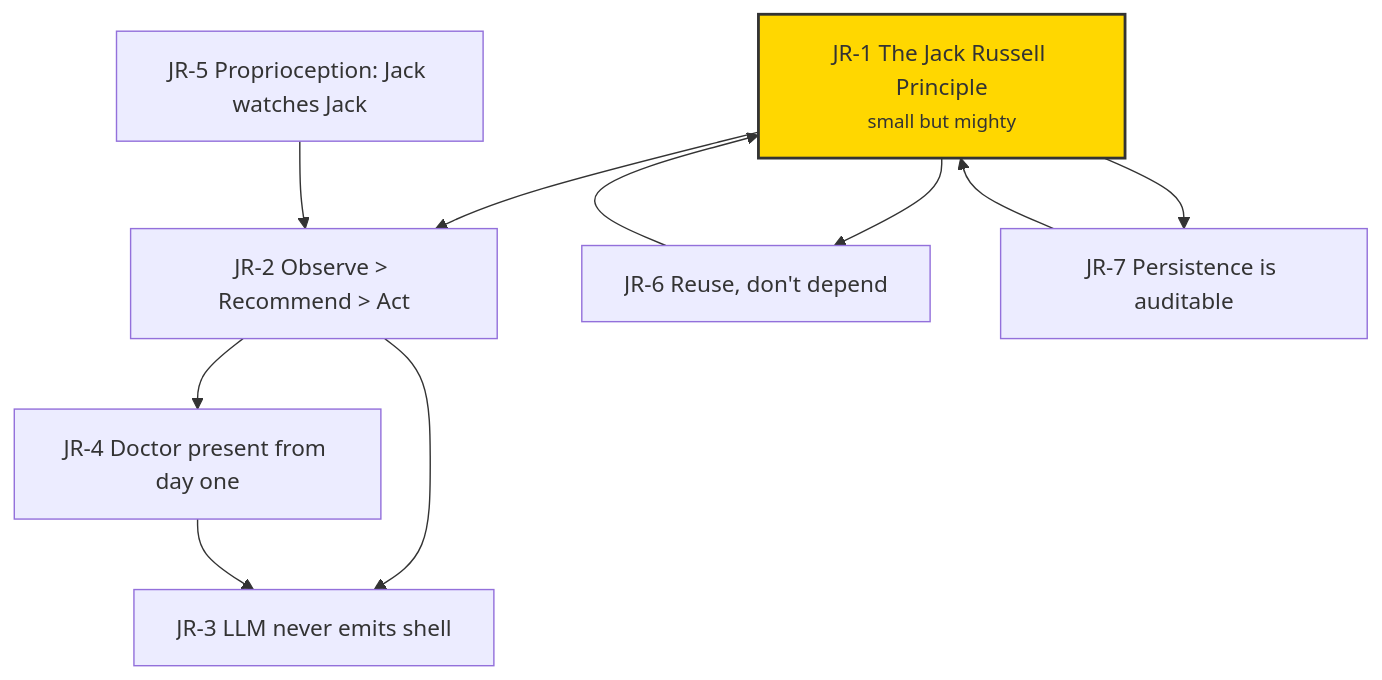
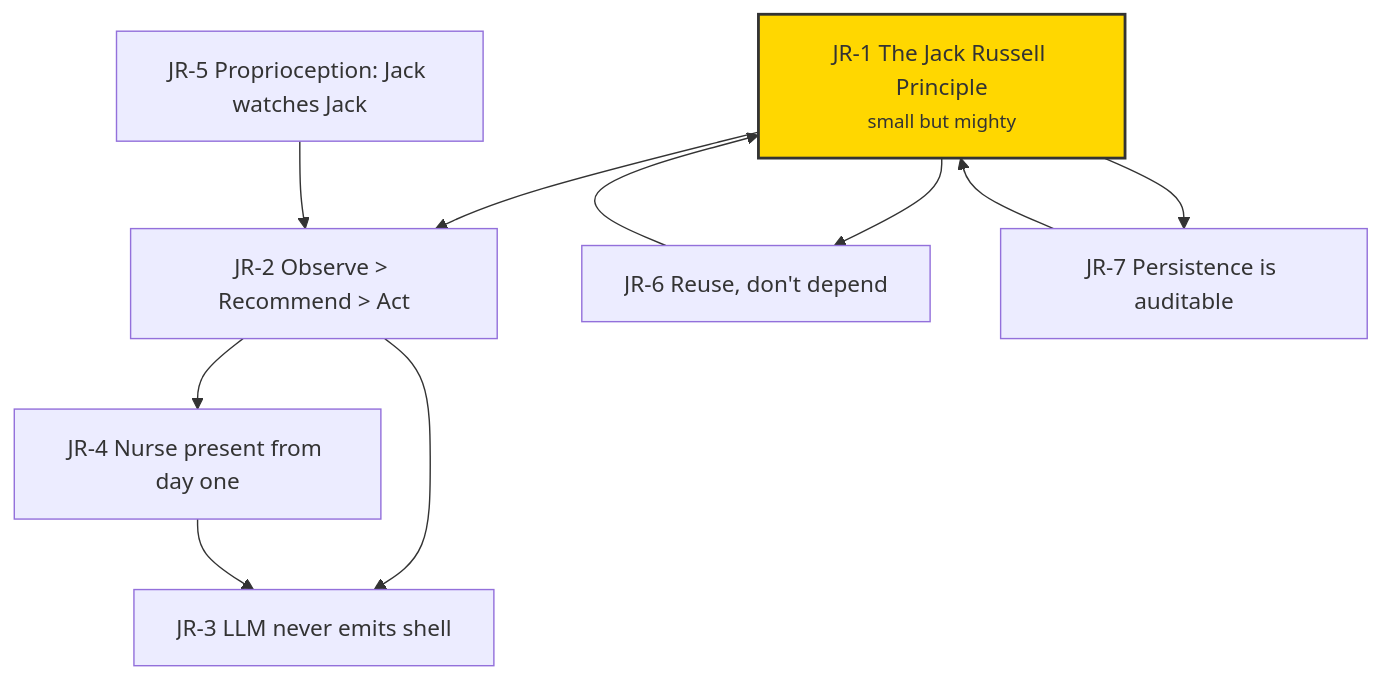
One commit to mdz-axo/russell changed the diagram in docs/architecture/PRINCIPLES_CATALOG.md. Above: the diagram before and after it, drawn with Mermaid. The commit also changed other lines of this file and 4 other files, not shown here.

First line of the commit message:
persona: Doctor → Nurse — Jack watches over, doesn't diagnose

````diff
--- a/docs/architecture/PRINCIPLES_CATALOG.md
+++ b/docs/architecture/PRINCIPLES_CATALOG.md
@@ -218,23 +218,23 @@
 ```mermaid
 flowchart TB
     JR1[JR-1 The Jack Russell Principle<br/><small>small but mighty</small>]
     JR2[JR-2 Observe &gt; Recommend &gt; Act]
     JR3[JR-3 LLM never emits shell]
-    JR4[JR-4 Doctor present from day one]
+    JR4[JR-4 Nurse present from day one]
     JR5[JR-5 Proprioception: Jack watches Jack]
     JR6[JR-6 Reuse, don't depend]
     JR7[JR-7 Persistence is auditable]
 
     JR1 --> JR2
     JR1 --> JR6
     JR1 --> JR7
     JR2 --> JR3
     JR2 --> JR4
     JR4 --> JR3
     JR5 --> JR2
     JR6 --> JR1
     JR7 --> JR1
 
     classDef root fill:#FFD700,stroke:#333,stroke-width:2px
     class JR1 root
 ```
````
